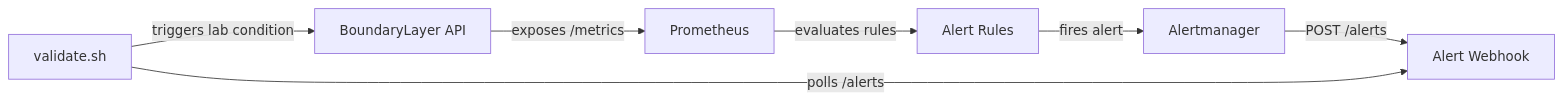
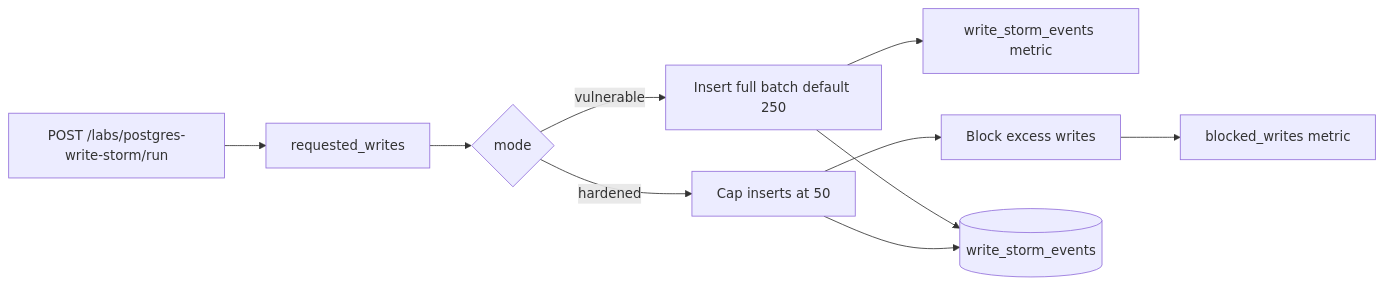
One commit to codethor0/boundary-layer changed the eighth of 13 diagrams in docs/DIAGRAMS.md. Above: the diagram before and after it, drawn with Mermaid. The commit also changed other lines of this file and 17 other files, not shown here.

````diff
--- a/docs/DIAGRAMS.md
+++ b/docs/DIAGRAMS.md
@@ -113,9 +166,15 @@
 ```mermaid
 flowchart LR
-    API[BoundaryLayer API] -->|exposes /metrics| Prom[Prometheus]
-    Prom -->|evaluates rules| Rules[Alert Rules]
-    Rules -->|fires alert| AM[Alertmanager]
-    AM -->|POST /alerts| Hook[Alert Webhook]
-    Validate[validate.sh] -->|triggers lab condition| API
-    Validate -->|polls /alerts| Hook
+    WS[POST /labs/postgres-write-storm/run] --> Req[requested_writes]
+    Req --> Mode{mode}
+
+    Mode -->|vulnerable| VFull[Insert full batch default 250]
+    VFull --> VMetric[write_storm_events metric]
+
+    Mode -->|hardened| HCap[Cap inserts at 50]
+    HCap --> HBlock[Block excess writes]
+    HBlock --> HMetric[blocked_writes metric]
+
+    VFull --> PG[(write_storm_events)]
+    HCap --> PG
 ```
````
